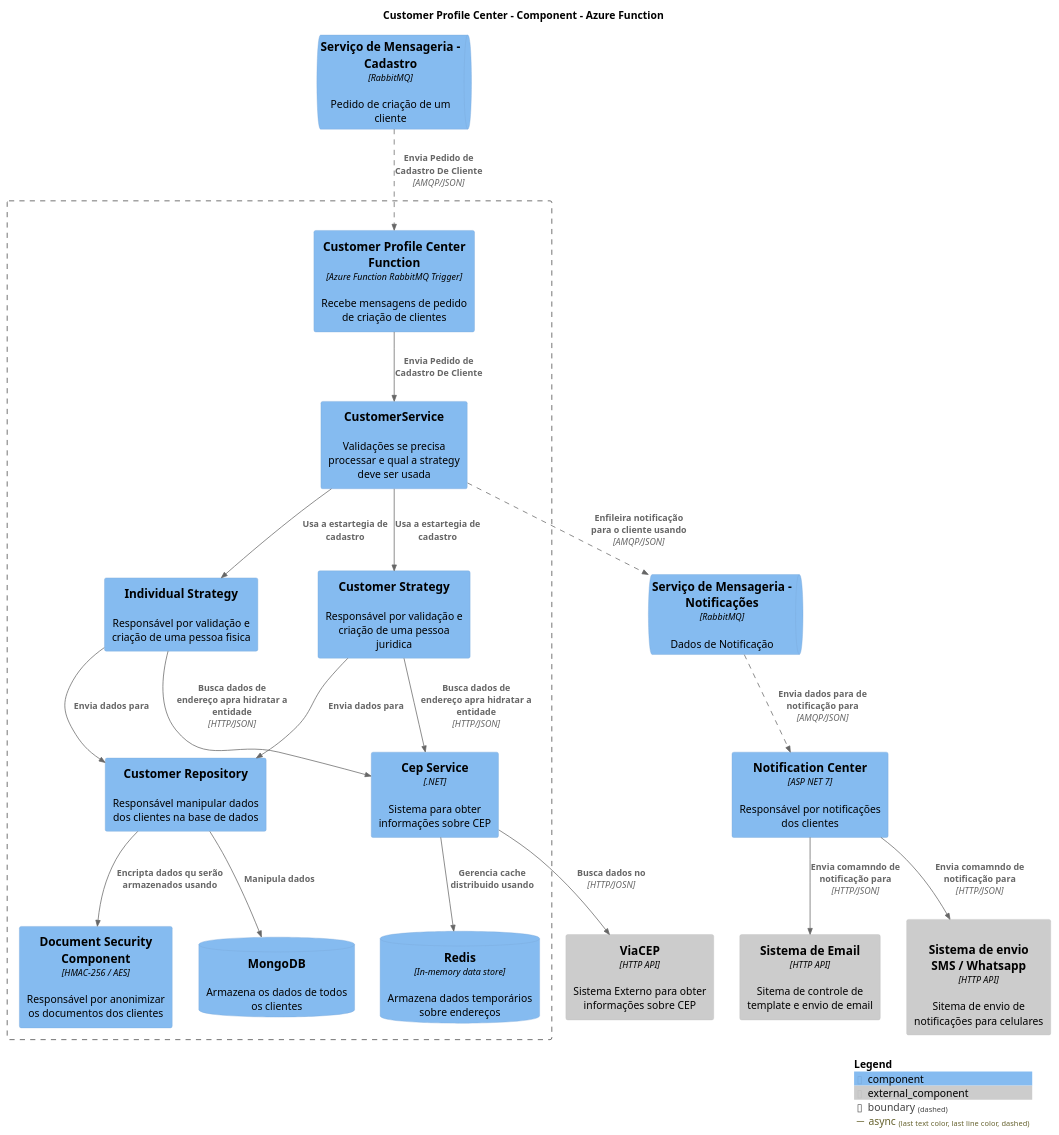
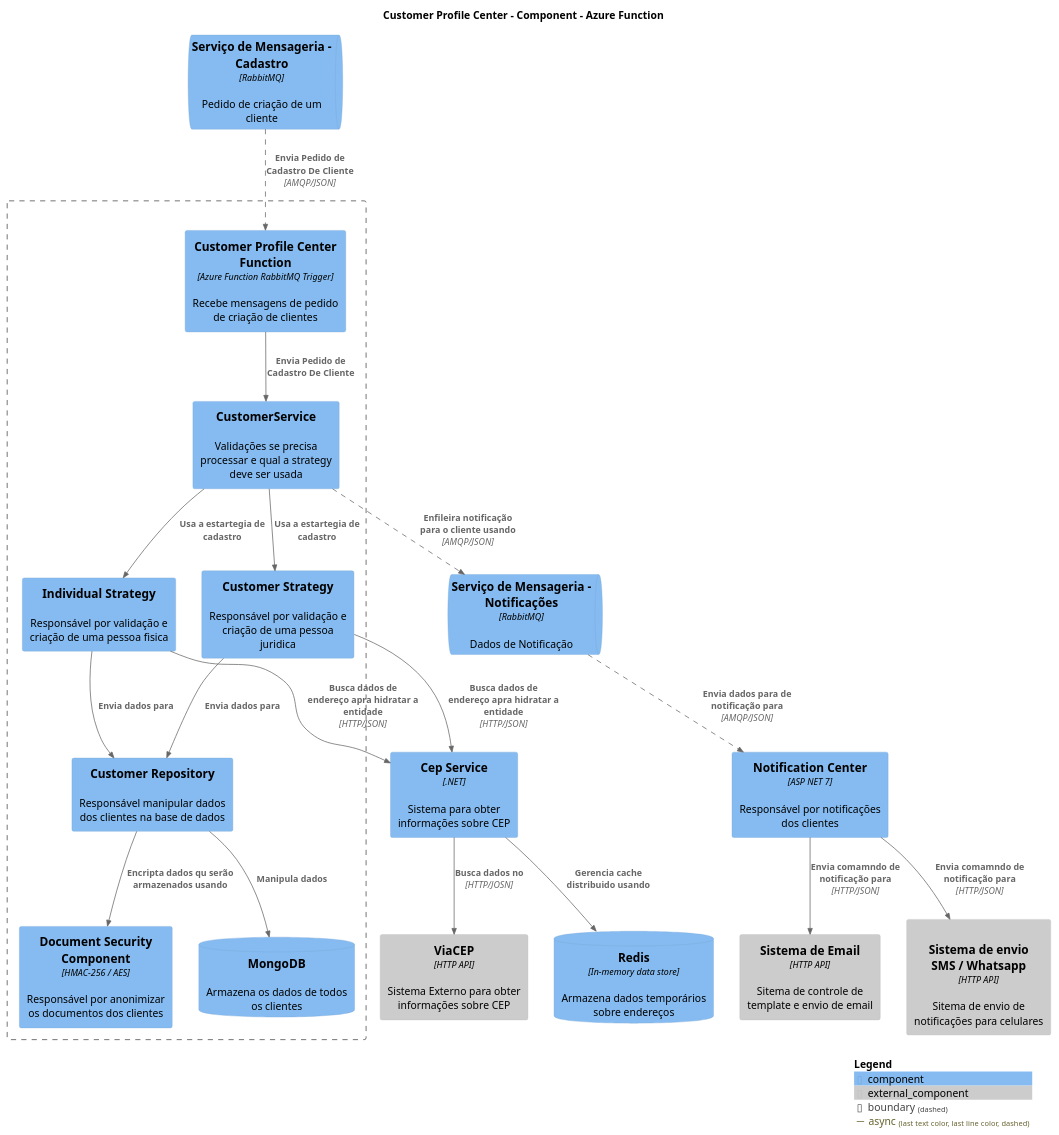
The diagram in Docs/3 - Componente/Component-Function.puml (CristianoRC/CustomerProfileCenter), drawn with PlantUML before and after one commit. The commit also changed 1 other file, not shown here.

Commit message:
Move sistema de Endereço para fora do contexto

```diff
--- a/Docs/3 - Componente/Component-Function.puml
+++ b/Docs/3 - Componente/Component-Function.puml
@@ -1,59 +1,59 @@
 @startuml container
 !include https://raw.githubusercontent.com/plantuml-stdlib/C4-PlantUML/master/C4_Container.puml
 !include https://raw.githubusercontent.com/plantuml-stdlib/C4-PlantUML/master/C4_Context.puml
 !include https://raw.githubusercontent.com/plantuml-stdlib/C4-PlantUML/master/C4_Component.puml
 
 TITLE Customer Profile Center - Component - Azure Function
 
 AddRelTag("async", $lineStyle= DashedLine())
 
 ComponentQueue(rabbitCustomer, "Serviço de Mensageria - Cadastro", "RabbitMQ", "Pedido de criação de um cliente")
 Component_Ext(viaCep, "ViaCEP", "HTTP API", "Sistema Externo para obter informações sobre CEP")
 
 Boundary(customerProfileCenterBoundary, "") {
     Component(azureFunction, "Customer Profile Center Function", "Azure Function RabbitMQ Trigger", "Recebe mensagens de pedido de criação de clientes")
     Component(customerService, "CustomerService", "", "Validações se precisa processar e qual a strategy deve ser usada")
     Component(individualStrategy, "Individual Strategy", "", "Responsável por validação e criação de uma pessoa fisica")
     Component(companyStrategy, "Customer Strategy", "", "Responsável por validação e criação de uma pessoa juridica")
     Component(customerRepository, "Customer Repository", "", "Responsável manipular dados dos clientes na base de dados")
     Component(documentSecurity, "Document Security Component", "HMAC-256 / AES", "Responsável por anonimizar os documentos dos clientes")
     ComponentDb(mongoDb, "MongoDB", "", "Armazena os dados de todos os clientes")
-    Component(cepService, "Cep Service", ".NET", "Sistema para obter informações sobre CEP")
-    ComponentDb(redis, "Redis", "In-memory data store", "Armazena dados temporários sobre endereços")
+}
 
-}
+Component(cepService, "Cep Service", ".NET", "Sistema para obter informações sobre CEP")
+ComponentDb(redis, "Redis", "In-memory data store", "Armazena dados temporários sobre endereços")
 
 Component(notificationCenter, "Notification Center", "ASP NET 7",  "Responsável por notificações dos clientes")
 Component_Ext(emailService, "Sistema de Email", "HTTP API", "Sitema de controle de template e envio de email")
 Component_Ext(phoneService, "Sistema de envio \n SMS / Whatsapp", "HTTP API", "Sitema de envio de notificações para celulares", "HTTP/JSON")
 ComponentQueue(rabbitMqNotification, "Serviço de Mensageria - Notificações", "RabbitMQ", "Dados de Notificação")
 
 'Relacionamentos Notification Center
 Rel(rabbitMqNotification, notificationCenter , "Envia dados para de notificação para", "AMQP/JSON", $tags = "async")
 Rel(customerService, rabbitMqNotification, "Enfileira notificação para o cliente usando", "AMQP/JSON", $tags = "async")
 Rel(notificationCenter, emailService , "Envia comamndo de notificação para", "HTTP/JSON",)
 Rel(notificationCenter, phoneService , "Envia comamndo de notificação para", "HTTP/JSON")
 
 'Relacionamentos Da Function
 Rel(rabbitCustomer, azureFunction , "Envia Pedido de Cadastro De Cliente", "AMQP/JSON", $tags = "async")
 Rel(azureFunction, customerService , "Envia Pedido de Cadastro De Cliente", "")
 
 'Relacionamentos CustomerService
 Rel(customerService , individualStrategy, "Usa a estartegia de cadastro", "")
 Rel(customerService , companyStrategy, "Usa a estartegia de cadastro", "")
 
 'Relacionamentos Repository
 Rel(companyStrategy , customerRepository, "Envia dados para", "")
 Rel(individualStrategy , customerRepository, "Envia dados para", "")
 Rel(customerRepository, mongoDb, "Manipula dados")
 Rel(customerRepository, documentSecurity, "Encripta dados qu serão armazenados usando")
 
 'Relacionamento CEP
 Rel(companyStrategy , cepService, "Busca dados de endereço apra hidratar a entidade", "HTTP/JSON")
 Rel(individualStrategy , cepService, "Busca dados de endereço apra hidratar a entidade", "HTTP/JSON")
 Rel(cepService, viaCep, "Busca dados no", "HTTP/JOSN")
 Rel(cepService, redis, "Gerencia cache distribuido usando", "")
 
 SHOW_LEGEND()
 
 @enduml
```
